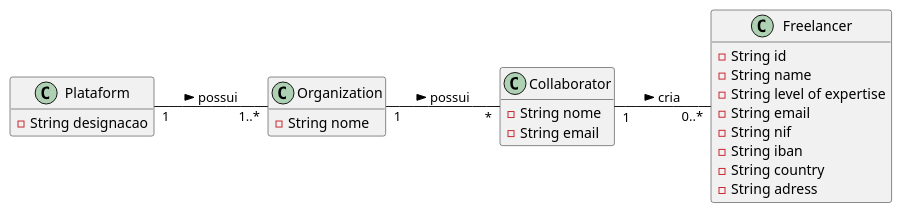
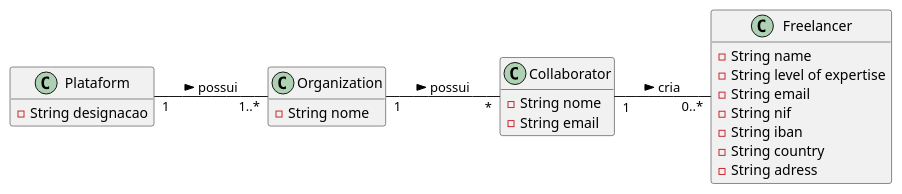
Before and after one commit to pedrolemos4/LAPR2: the diagram in docs/UC1 - Create Freelancer/UC1_MD.puml, drawn with PlantUML. The commit also changed 9 other files, not shown here.

```diff
--- a/docs/UC1 - Create Freelancer/UC1_MD.puml
+++ b/docs/UC1 - Create Freelancer/UC1_MD.puml
@@ -1,37 +1,36 @@
 @startuml
 hide methods
 left to right direction
 
 class Plataform {
   -String designacao
 }
 
 class Freelancer {
-  -String id
   -String name
   -String level of expertise
   -String email
   -String nif
   -String iban
   -String country
   -String adress
 }  
 
 class Collaborator {
   -String nome
   -String email
 }
 
 class Organization {
   -String nome 
 }
 
 
 Plataform "1" -- "1..*" Organization : possui >
 
 Organization "1" -- "*" Collaborator : possui >
 
 Collaborator "1" -- "0..*" Freelancer : cria >
 
 
 @enduml
```
